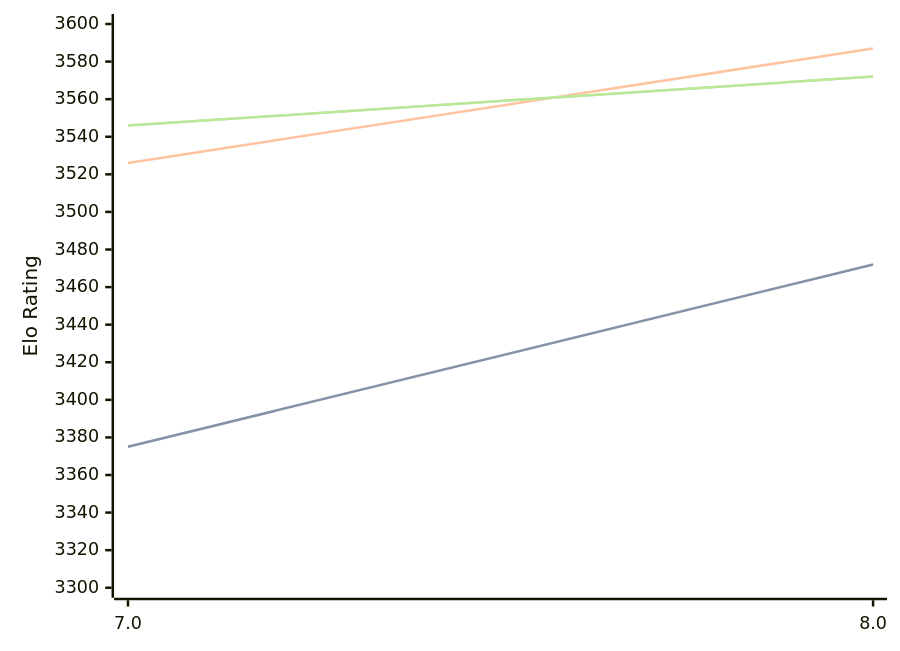
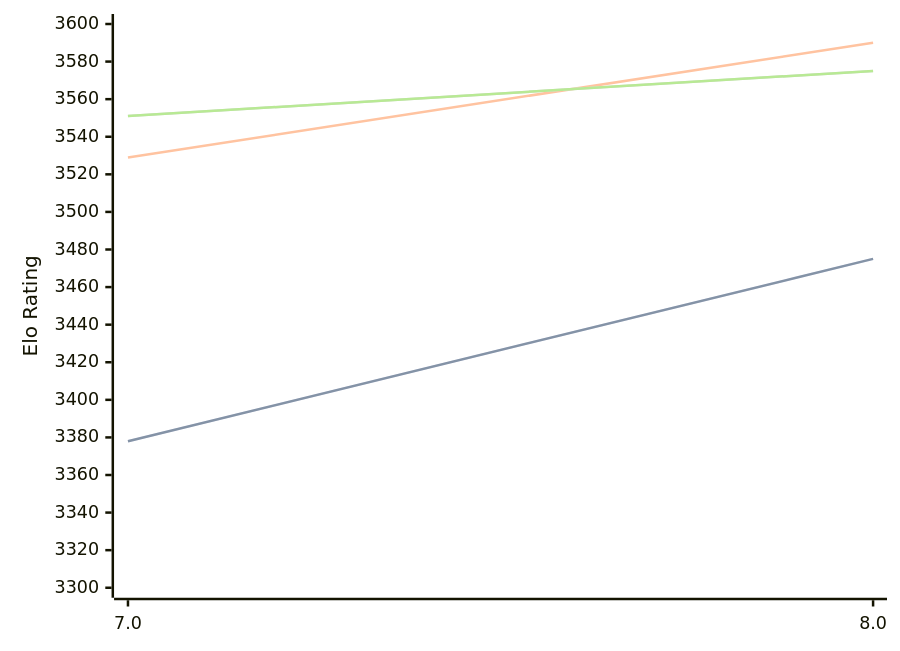
The diagram in engines/Integral.md (computer-chess-index/cci), drawn with Mermaid before and after one commit. The commit also changed other lines of this file, not shown here.

Commit message:
Update CCI Ratings (ELO VLTC) - 2026-09-24

````diff
--- a/engines/Integral.md
+++ b/engines/Integral.md
@@ -32,11 +32,11 @@
 ```mermaid
 %%{init: {"theme":"base","themeVariables":{"seriesColors:['#a3a3a3','#222221','#faa371']}}}%%
 xychart-beta
   x-axis ["7.0", "8.0"]
   y-axis "Elo Rating" 3300 --> 3600
-  line "" [3375, 3472]
-  line "STC (8.0+0.08s)" [3375, 3472]
-  line "LTC (60.0+0.60s)" [3526, 3587]
-  line "" [3546, 3572]
-  line "VLTC (2m24s+1.12s)" [3546, 3572]
+  line "" [3378, 3475]
+  line "STC (8.0+0.08s)" [3378, 3475]
+  line "LTC (60.0+0.60s)" [3529, 3590]
+  line "" [3551, 3575]
+  line "VLTC (2m24s+1.12s)" [3551, 3575]
 ```
````
